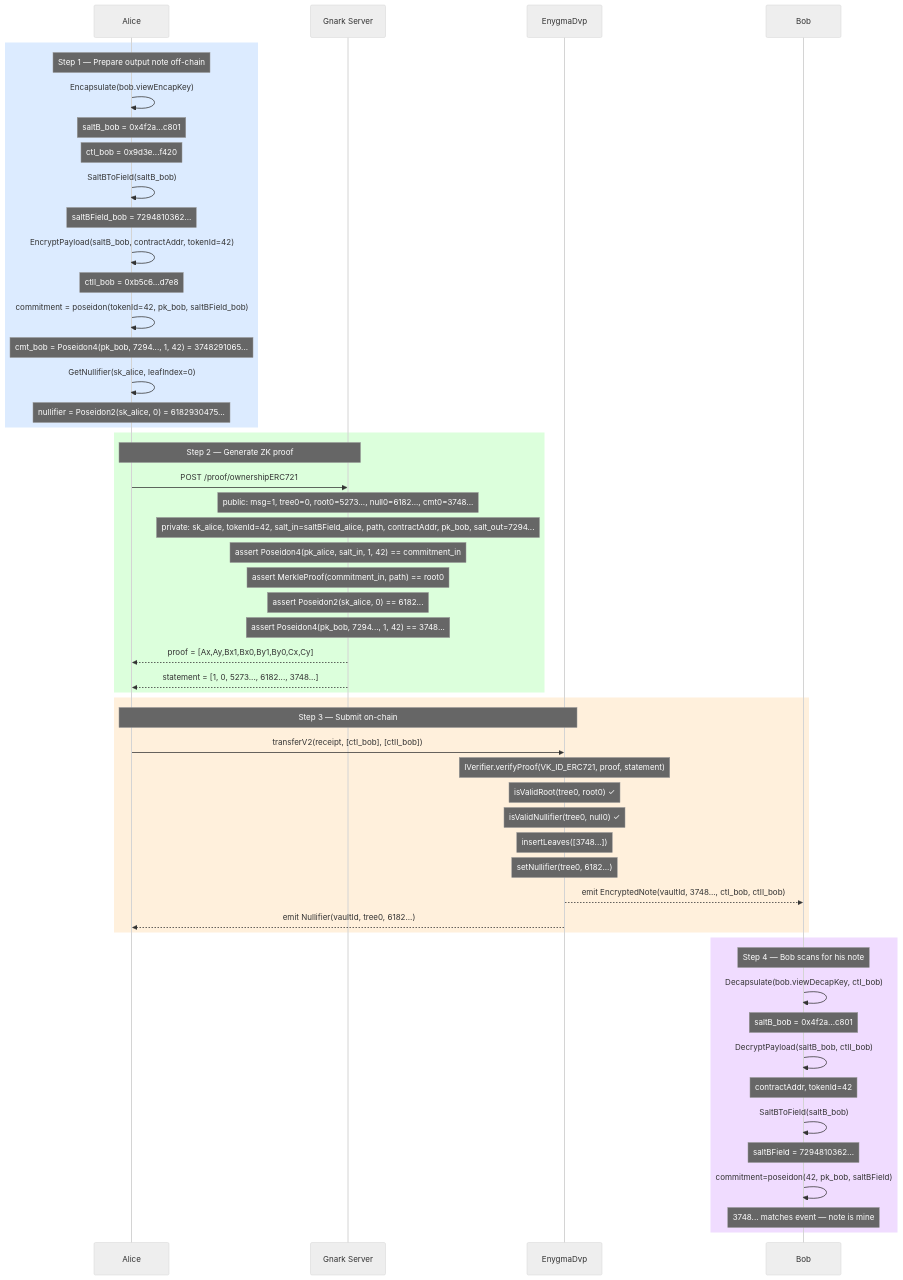
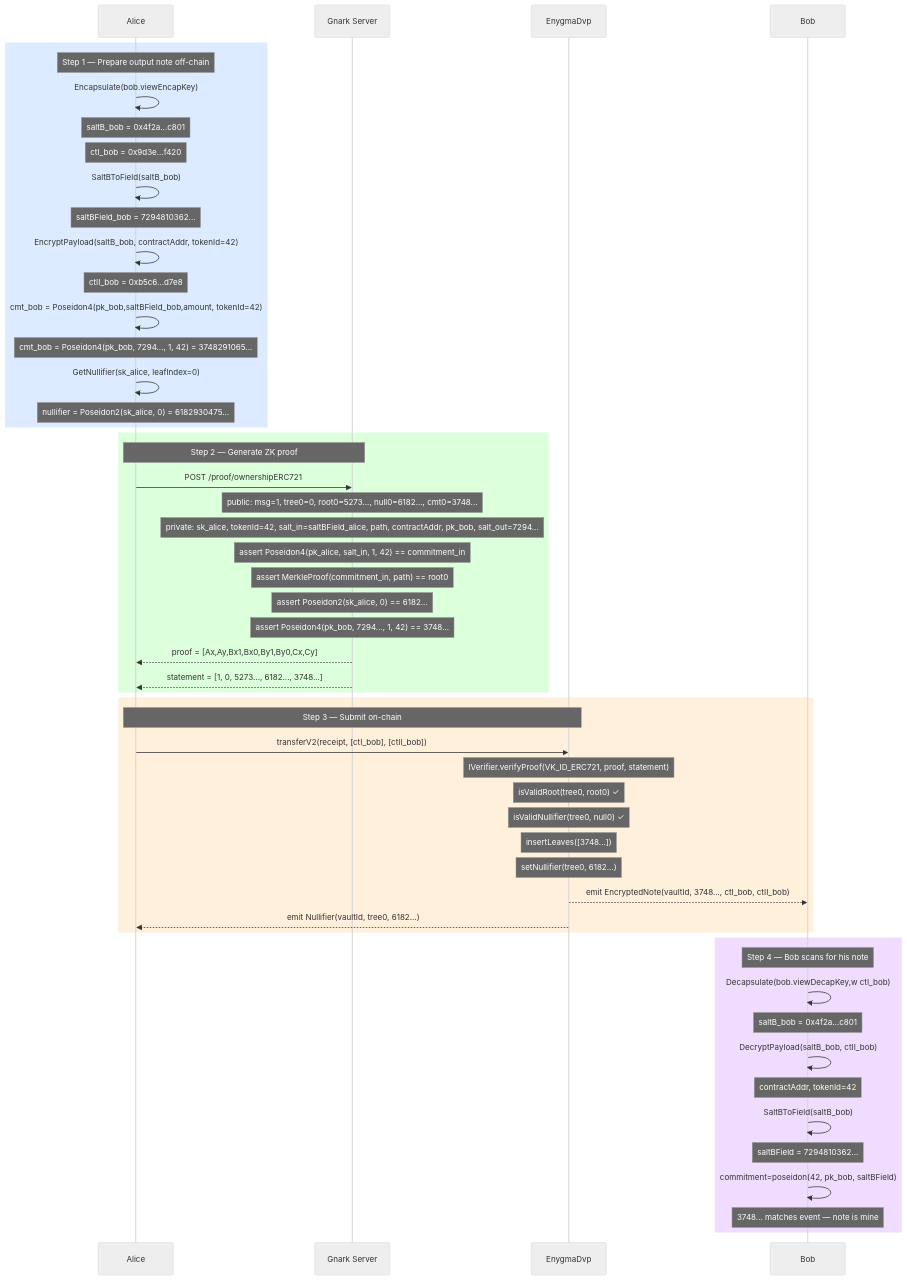
The diagram in enygma_dvp/docs/flows/05_transfer_erc721.md (yaksetig/Enygma), drawn with Mermaid (neutral theme) before and after one commit. The commit also changed 7 other files, not shown here.

````diff
--- a/enygma_dvp/docs/flows/05_transfer_erc721.md
+++ b/enygma_dvp/docs/flows/05_transfer_erc721.md
@@ -87,66 +87,66 @@
 ```mermaid
 sequenceDiagram
     participant Alice
     participant Gnark as Gnark Server
     participant DVP as EnygmaDvp
     participant Bob
 
     rect rgb(220, 235, 255)
         Note over Alice: Step 1 — Prepare output note off-chain
 
         Alice->>Alice: Encapsulate(bob.viewEncapKey)
         Note over Alice: saltB_bob = 0x4f2a...c801
         Note over Alice: ctI_bob   = 0x9d3e...f420
         Alice->>Alice: SaltBToField(saltB_bob)
         Note over Alice: saltBField_bob = 7294810362...
         Alice->>Alice: EncryptPayload(saltB_bob, contractAddr, tokenId=42)
         Note over Alice: ctII_bob = 0xb5c6...d7e8
-        Alice->>Alice: commitment = poseidon(tokenId=42, pk_bob, saltBField_bob)
+        Alice->>Alice: cmt_bob = Poseidon4(pk_bob,saltBField_bob,amount, tokenId=42)
         Note over Alice: cmt_bob = Poseidon4(pk_bob, 7294..., 1, 42) = 3748291065...
 
         Alice->>Alice: GetNullifier(sk_alice, leafIndex=0)
         Note over Alice: nullifier = Poseidon2(sk_alice, 0) = 6182930475...
     end
 
     rect rgb(220, 255, 220)
         Note over Alice,Gnark: Step 2 — Generate ZK proof
 
         Alice->>Gnark: POST /proof/ownershipERC721
         Note over Gnark: public: msg=1, tree0=0, root0=5273..., null0=6182..., cmt0=3748...
         Note over Gnark: private: sk_alice, tokenId=42, salt_in=saltBField_alice, path, contractAddr, pk_bob, salt_out=7294...
         Note over Gnark: assert Poseidon4(pk_alice, salt_in, 1, 42) == commitment_in
         Note over Gnark: assert MerkleProof(commitment_in, path) == root0
         Note over Gnark: assert Poseidon2(sk_alice, 0) == 6182...
         Note over Gnark: assert Poseidon4(pk_bob, 7294..., 1, 42) == 3748...
 
         Gnark-->>Alice: proof = [Ax,Ay,Bx1,Bx0,By1,By0,Cx,Cy]
         Gnark-->>Alice: statement = [1, 0, 5273..., 6182..., 3748...]
     end
 
     rect rgb(255, 240, 220)
         Note over Alice,DVP: Step 3 — Submit on-chain
 
         Alice->>DVP: transferV2(receipt, [ctI_bob], [ctII_bob])
         Note over DVP: IVerifier.verifyProof(VK_ID_ERC721, proof, statement)
         Note over DVP: isValidRoot(tree0, root0) ✓
         Note over DVP: isValidNullifier(tree0, null0) ✓
         Note over DVP: insertLeaves([3748...])
         Note over DVP: setNullifier(tree0, 6182...)
 
         DVP-->>Bob: emit EncryptedNote(vaultId, 3748..., ctI_bob, ctII_bob)
         DVP-->>Alice: emit Nullifier(vaultId, tree0, 6182...)
     end
 
     rect rgb(240, 220, 255)
         Note over Bob: Step 4 — Bob scans for his note
 
-        Bob->>Bob: Decapsulate(bob.viewDecapKey, ctI_bob)
+        Bob->>Bob: Decapsulate(bob.viewDecapKey,w ctI_bob)
         Note over Bob: saltB_bob = 0x4f2a...c801
         Bob->>Bob: DecryptPayload(saltB_bob, ctII_bob)
         Note over Bob: contractAddr, tokenId=42
         Bob->>Bob: SaltBToField(saltB_bob)
         Note over Bob: saltBField = 7294810362...
         Bob->>Bob: commitment=poseidon(42, pk_bob, saltBField)
         Note over Bob: 3748... matches event — note is mine
     end
 ```
````
